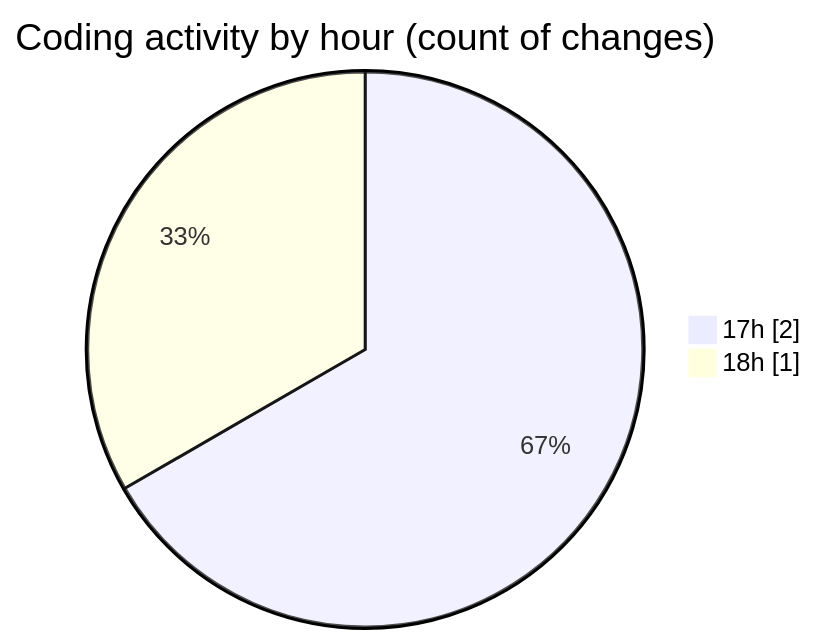
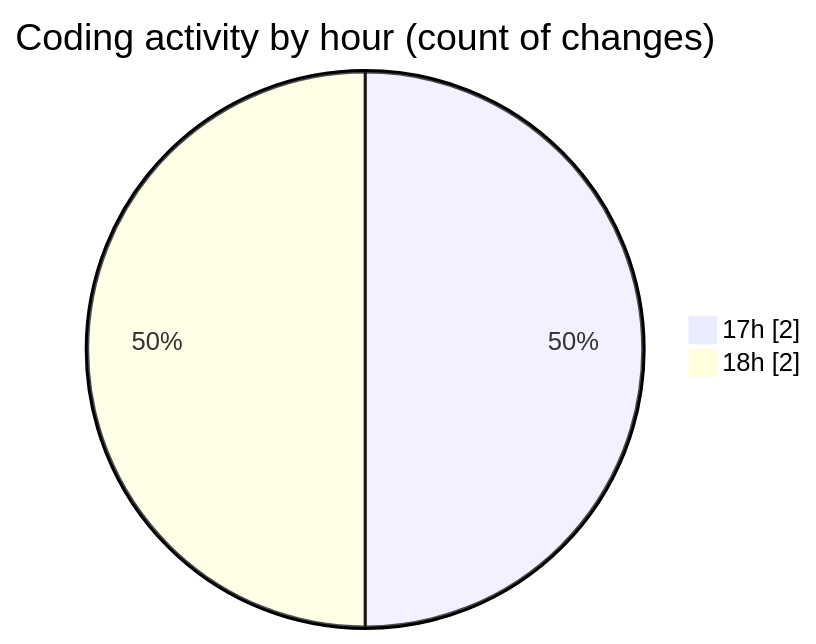
The second of 2 diagrams in 2025-08-06/pif/README.md (NitaiMahat/code-tracking), drawn with Mermaid before and after one commit. The commit also changed other lines of this file and 1 other file, not shown here.

````diff
--- a/2025-08-06/pif/README.md
+++ b/2025-08-06/pif/README.md
@@ -29,6 +29,6 @@
 ```mermaid
 pie showData
 title Coding activity by hour (count of changes)
 "17h" : 2
-"18h" : 1
+"18h" : 2
 ```
````
